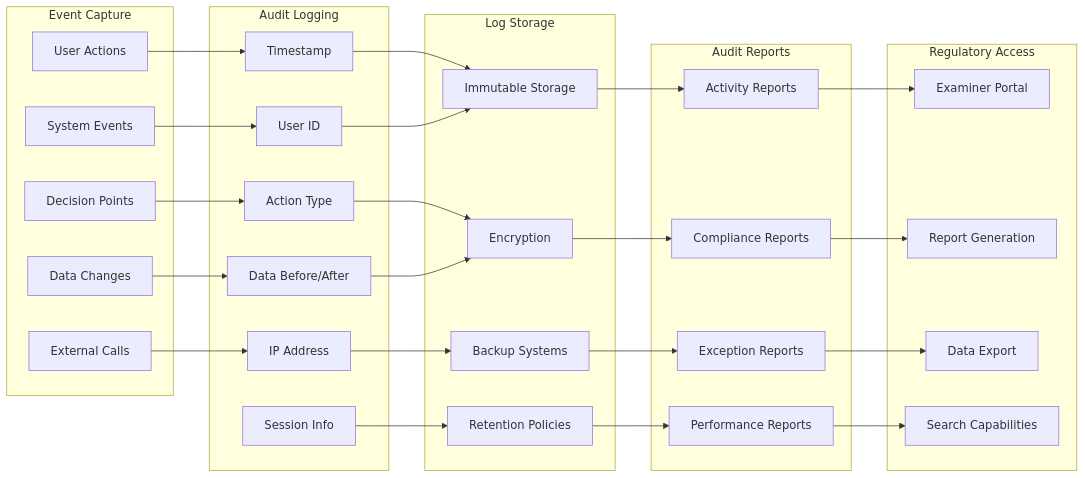
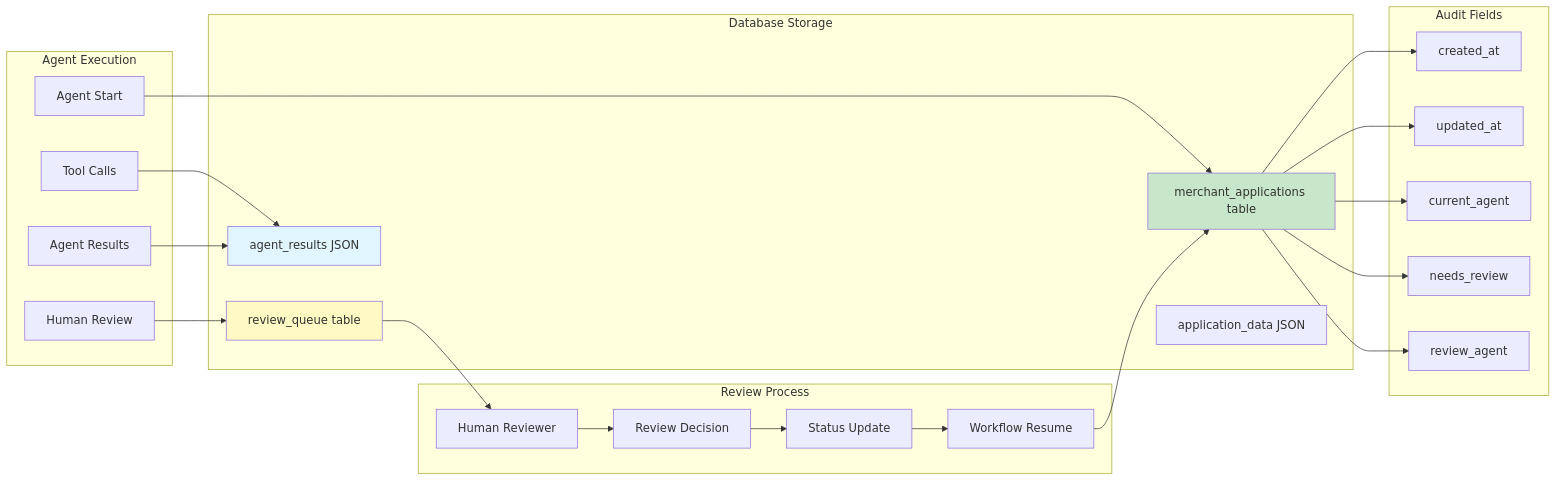
The fifth of 10 diagrams in merchant-onboarding/Compliance_Workflow_Diagrams.md (rishi154/merchant-onboarding), drawn with Mermaid before and after one commit. The commit also changed other lines of this file and 20 other files, not shown here.

````diff
--- a/merchant-onboarding/Compliance_Workflow_Diagrams.md
+++ b/merchant-onboarding/Compliance_Workflow_Diagrams.md
@@ -228,63 +190,53 @@
 ```mermaid
 flowchart LR
-    subgraph "Event Capture"
-        EC1[User Actions]
-        EC2[System Events]
-        EC3[Decision Points]
-        EC4[Data Changes]
-        EC5[External Calls]
+    subgraph "Agent Execution"
+        AE1[Agent Start]
+        AE2[Tool Calls]
+        AE3[Agent Results]
+        AE4[Human Review]
     end
     
-    subgraph "Audit Logging"
-        AL1[Timestamp]
-        AL2[User ID]
-        AL3[Action Type]
-        AL4[Data Before/After]
-        AL5[IP Address]
-        AL6[Session Info]
+    subgraph "Database Storage"
+        DS1[merchant_applications table]
+        DS2[review_queue table]
+        DS3[agent_results JSON]
+        DS4[application_data JSON]
     end
     
-    subgraph "Log Storage"
-        LS1[Immutable Storage]
-        LS2[Encryption]
-        LS3[Backup Systems]
-        LS4[Retention Policies]
+    subgraph "Audit Fields"
+        AF1[created_at]
+        AF2[updated_at]
+        AF3[current_agent]
+        AF4[needs_review]
+        AF5[review_agent]
     end
     
-    subgraph "Audit Reports"
-        AR1[Activity Reports]
-        AR2[Compliance Reports]
-        AR3[Exception Reports]
-        AR4[Performance Reports]
+    subgraph "Review Process"
+        RP1[Human Reviewer]
+        RP2[Review Decision]
+        RP3[Status Update]
+        RP4[Workflow Resume]
     end
     
-    subgraph "Regulatory Access"
-        RA1[Examiner Portal]
-        RA2[Report Generation]
-        RA3[Data Export]
-        RA4[Search Capabilities]
-    end
+    AE1 --> DS1
+    AE2 --> DS3
+    AE3 --> DS3
+    AE4 --> DS2
     
-    EC1 --> AL1
-    EC2 --> AL2
-    EC3 --> AL3
-    EC4 --> AL4
-    EC5 --> AL5
+    DS1 --> AF1
+    DS1 --> AF2
+    DS1 --> AF3
+    DS1 --> AF4
+    DS1 --> AF5
     
-    AL1 --> LS1
-    AL2 --> LS1
-    AL3 --> LS2
-    AL4 --> LS2
-    AL5 --> LS3
-    AL6 --> LS4
+    DS2 --> RP1
+    RP1 --> RP2
+    RP2 --> RP3
+    RP3 --> RP4
     
-    LS1 --> AR1
-    LS2 --> AR2
-    LS3 --> AR3
-    LS4 --> AR4
+    RP4 --> DS1
     
-    AR1 --> RA1
-    AR2 --> RA2
-    AR3 --> RA3
-    AR4 --> RA4
+    style DS1 fill:#c8e6c9
+    style DS2 fill:#fff9c4
+    style DS3 fill:#e1f5fe
 ```
````
